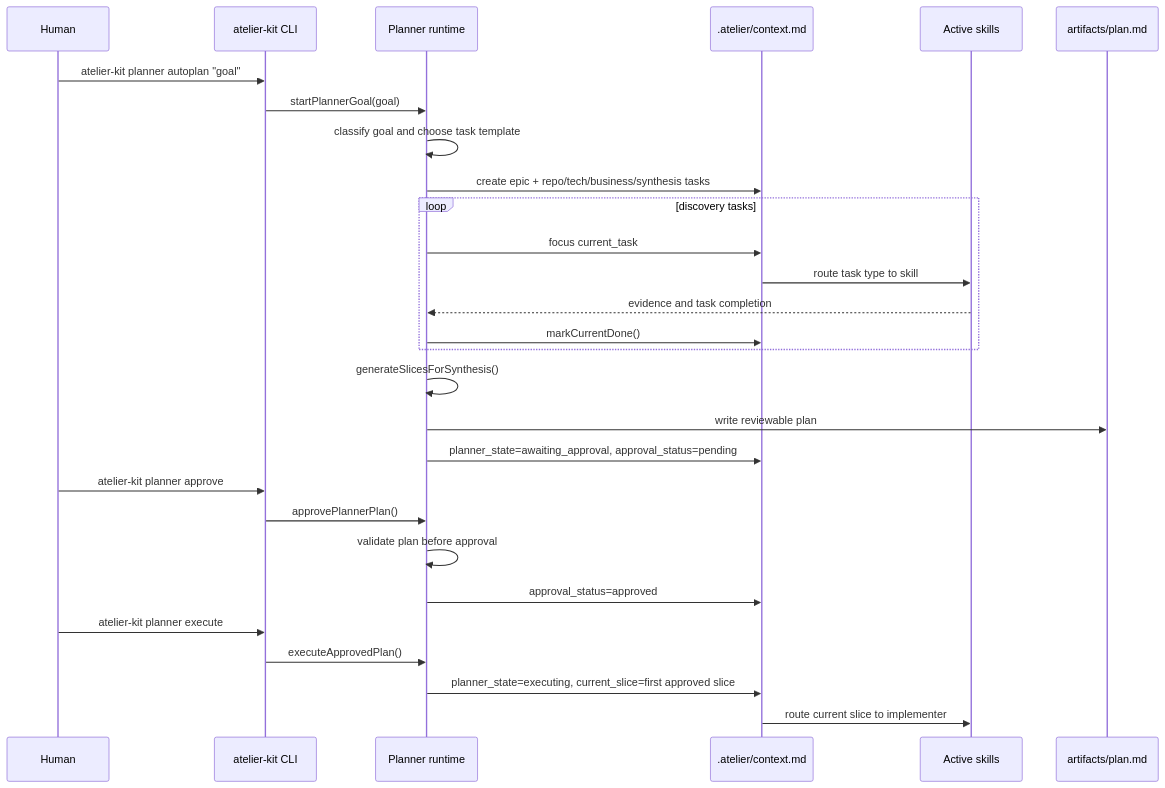
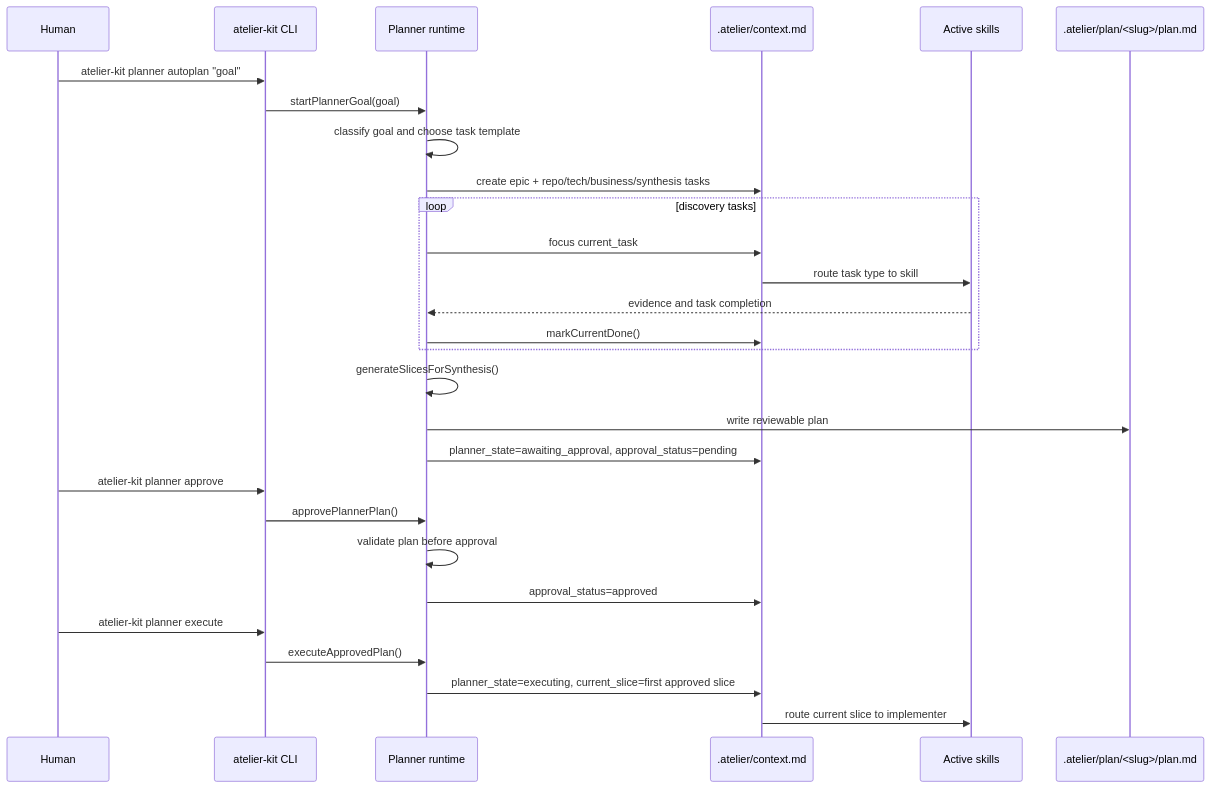
Before and after one commit to atelier-kit/atelier-kit: the second of 8 diagrams in EXECUTION-FLOW.md, drawn with Mermaid. The commit also changed other lines of this file and 16 other files, not shown here.

First line of the commit message:
feat(planner): store each plan in .atelier/plan/<slug> with snapshot

````diff
--- a/EXECUTION-FLOW.md
+++ b/EXECUTION-FLOW.md
@@ -43,35 +43,35 @@
 ```mermaid
 sequenceDiagram
   participant Human
   participant CLI as atelier-kit CLI
   participant Planner as Planner runtime
   participant State as .atelier/context.md
   participant Skills as Active skills
-  participant Plan as artifacts/plan.md
+  participant Plan as .atelier/plan/<slug>/plan.md
 
   Human->>CLI: atelier-kit planner autoplan "goal"
   CLI->>Planner: startPlannerGoal(goal)
   Planner->>Planner: classify goal and choose task template
   Planner->>State: create epic + repo/tech/business/synthesis tasks
 
   loop discovery tasks
     Planner->>State: focus current_task
     State->>Skills: route task type to skill
     Skills-->>Planner: evidence and task completion
     Planner->>State: markCurrentDone()
   end
 
   Planner->>Planner: generateSlicesForSynthesis()
   Planner->>Plan: write reviewable plan
   Planner->>State: planner_state=awaiting_approval, approval_status=pending
 
   Human->>CLI: atelier-kit planner approve
   CLI->>Planner: approvePlannerPlan()
   Planner->>Planner: validate plan before approval
   Planner->>State: approval_status=approved
 
   Human->>CLI: atelier-kit planner execute
   CLI->>Planner: executeApprovedPlan()
   Planner->>State: planner_state=executing, current_slice=first approved slice
   State->>Skills: route current slice to implementer
 ```
````
